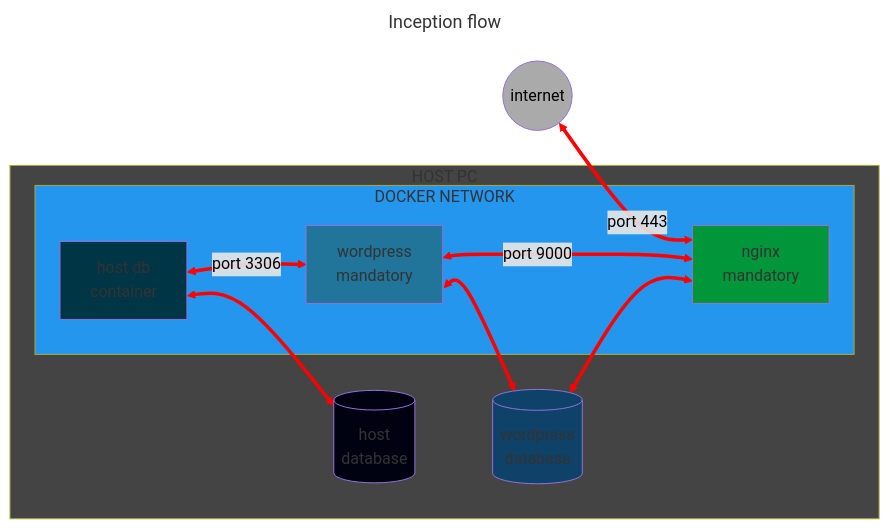
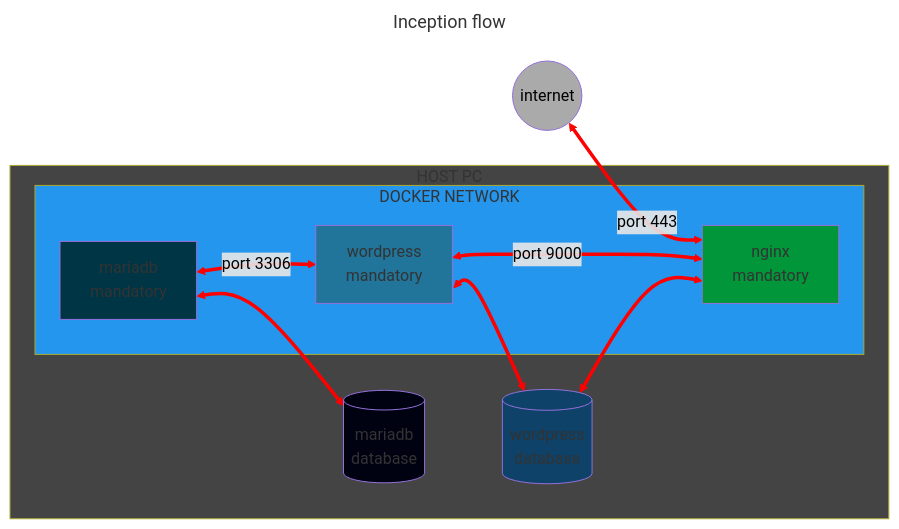
Before and after one commit to andreyvdl/42-Inception: the diagram in README.md, drawn with Mermaid.

````diff
--- a/README.md
+++ b/README.md
@@ -8,42 +8,42 @@
 ```mermaid
 ---
 title: Inception flow
 ---
 
 %%{ init: { 'flowchart' : { 'curve': 'natural' } } }%%
 flowchart LR
 
 net(("internet"))
 nginxMan["nginx
   mandatory"]
 wpPHP["wordpress
   mandatory"]
 wpDB[("wordpress
   database")]
-outCont["host db
-  container"]
-outDB[("host
+outCont["mariadb
+  mandatory"]
+outDB[("mariadb
   database")]
 
 net <==port 443==> nginxMan
 
 subgraph HP["HOST PC"]
   subgraph DN["DOCKER NETWORK"]
     outCont <==port 3306==> wpPHP
     wpPHP <==port 9000==> nginxMan
   end
   outCont <==> outDB
   wpPHP <==> wpDB
   wpDB <==> nginxMan
 end
 
 style DN fill:#2496ED
 style HP fill:#444444
 style net fill:#aaaaaa,color:#000
 style nginxMan fill:#009639
 style wpPHP fill:#21759B
 style wpDB fill:#0E4268
 style outCont fill:#003545
 style outDB fill:#000212
 linkStyle 0,1,2,3,4,5 color:#000,stroke:red
 ```
````
